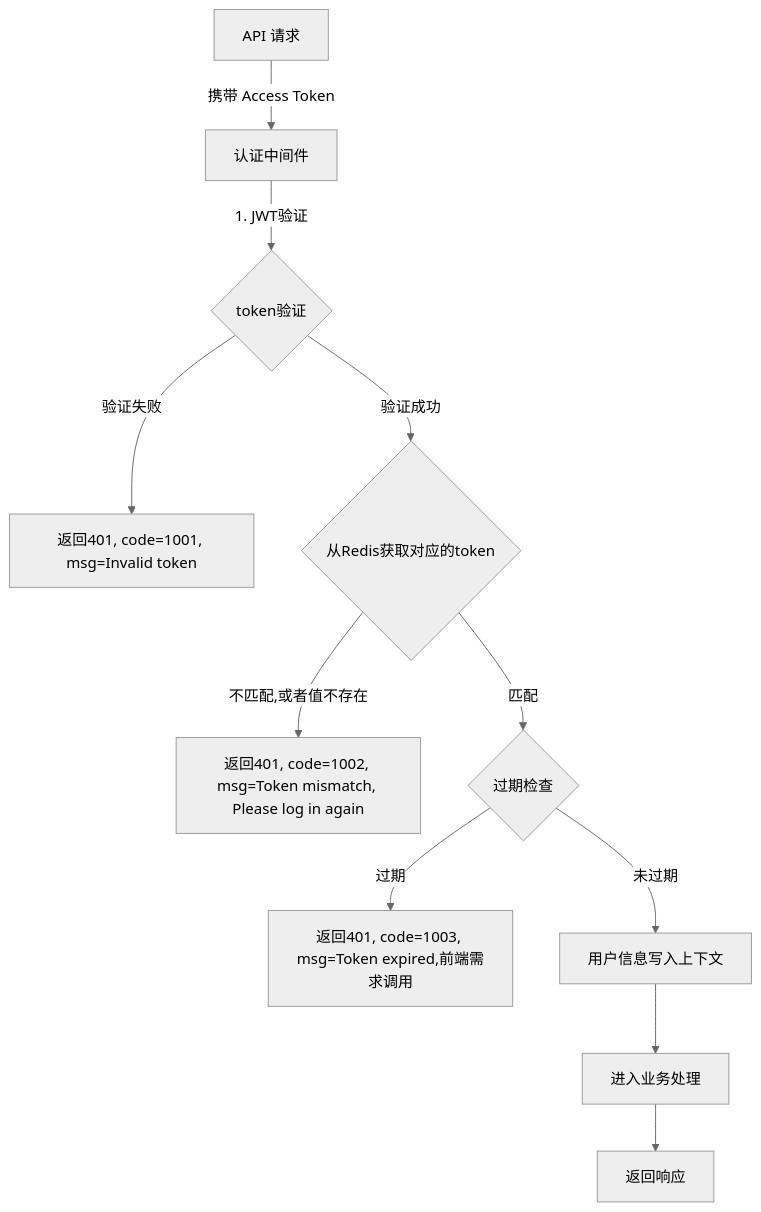
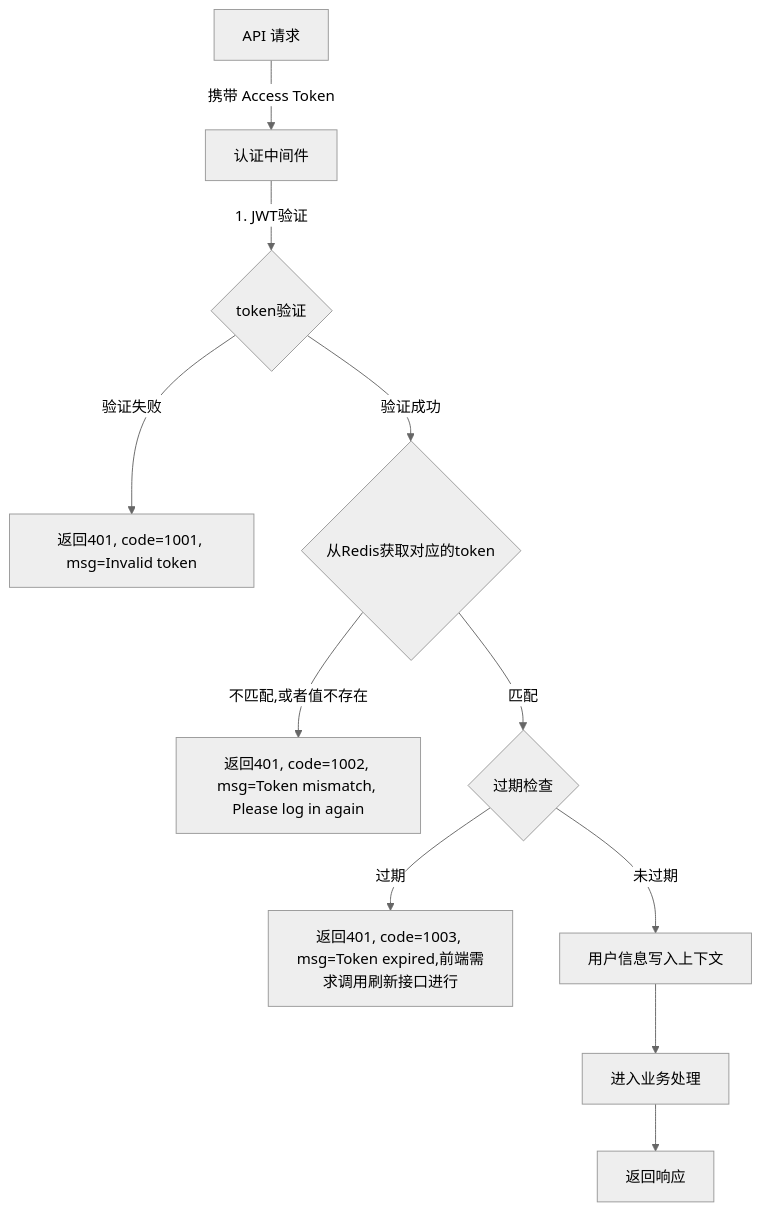
One commit to yingjianzh/iodraw-files changed the diagram in all/未命名-16.md. Above: the diagram before and after it, drawn with Mermaid (neutral theme).

Commit message:
2025-01-08 14:58:46 update

````diff
--- a/all/未命名-16.md
+++ b/all/未命名-16.md
@@ -1,17 +1,17 @@
 ```mermaid
 
 flowchart TD
     A[API 请求] -->|携带 Access Token| B[认证中间件]
     B -->|1. JWT验证| C{token验证}
     C -->|验证失败| D[返回401, code=1001, msg=Invalid token]
     C -->|验证成功| I{从Redis获取对应的token}
     
     I -->|不匹配,或者值不存在| J[返回401, code=1002, msg=Token mismatch, Please log in again]
     I -->|匹配| F{过期检查}
     
-    F -->|过期| E[返回401, code=1003, msg=Token expired,前端需求调用]
+    F -->|过期| E[返回401, code=1003, msg=Token expired,前端需求调用刷新接口进行]
     F -->|未过期| K[用户信息写入上下文]
     K --> L[进入业务处理]
     L --> N[返回响应]
 
 ```
````
